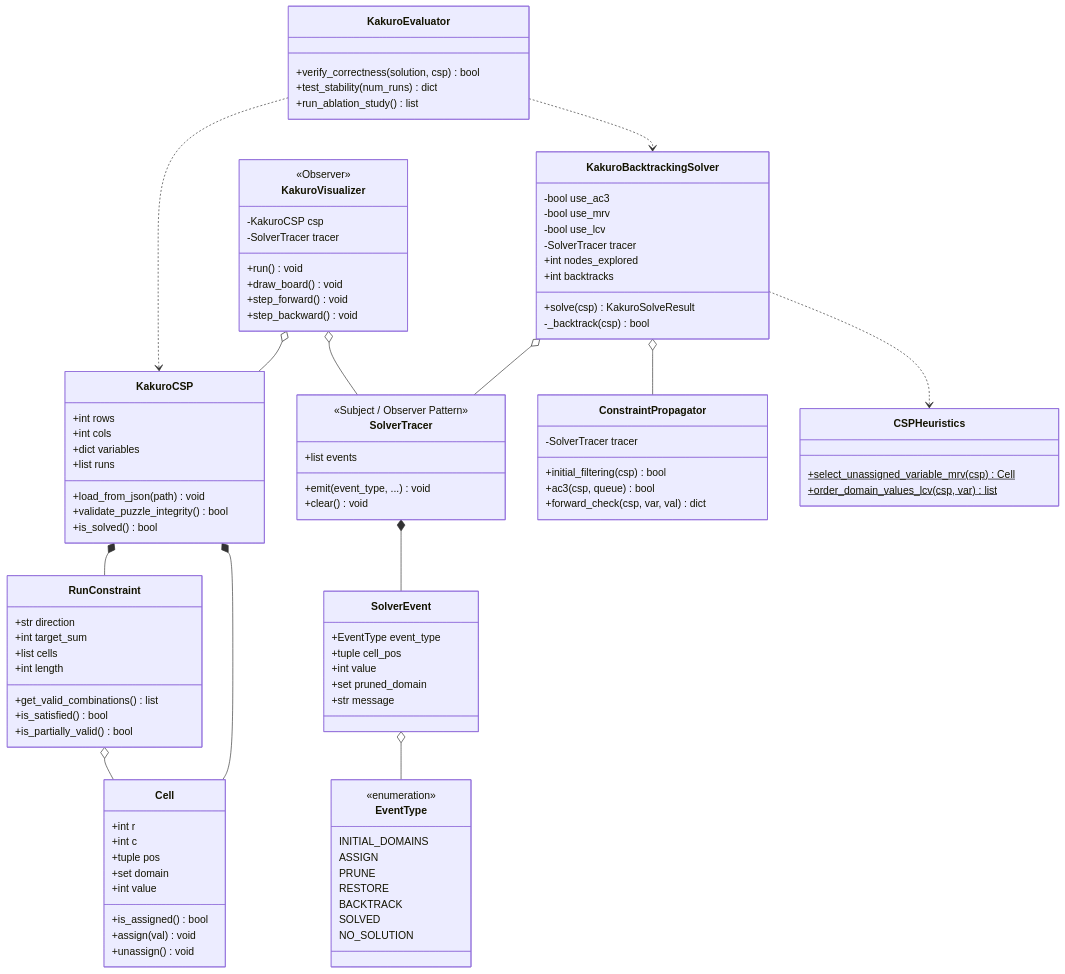
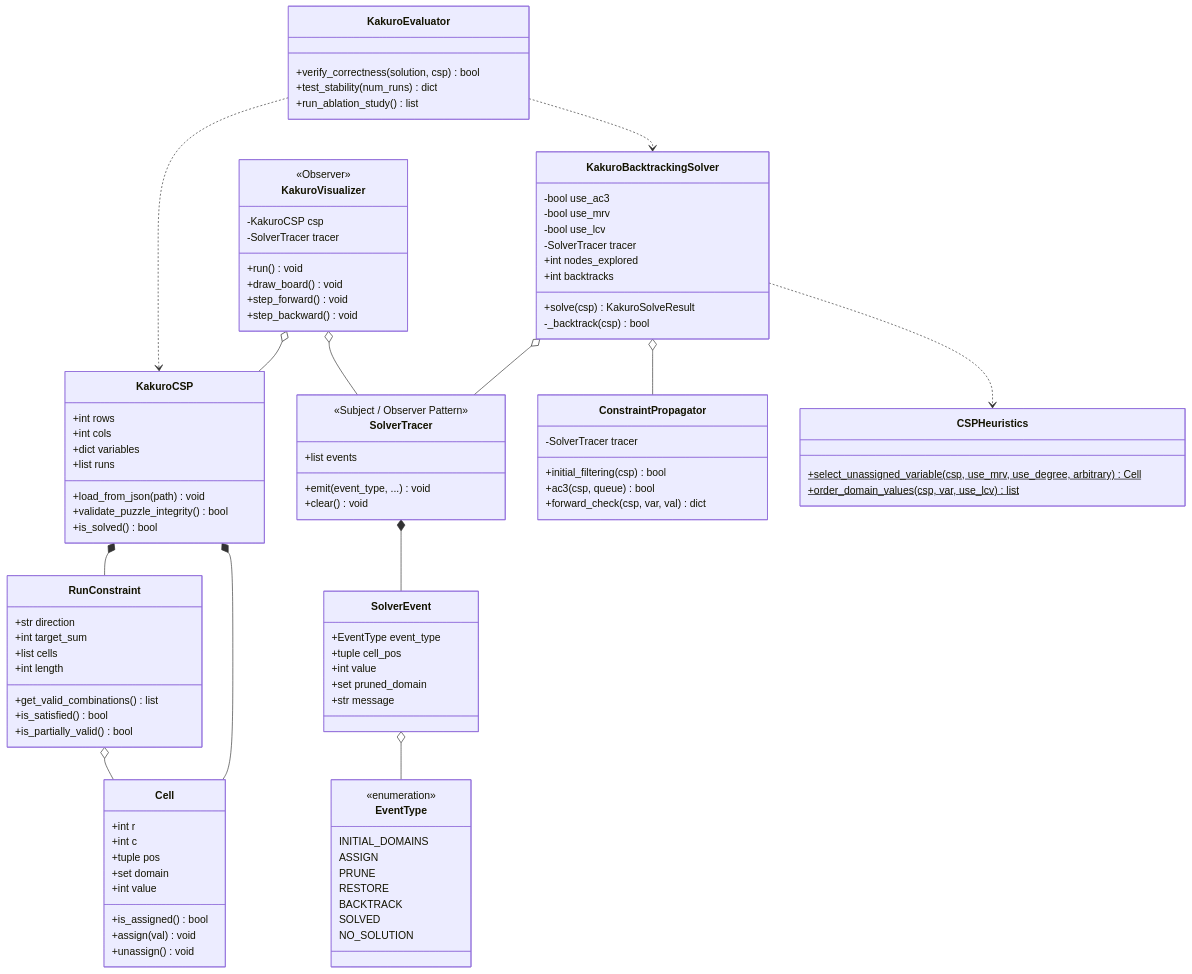
Before and after one commit to HuuTan12/Final_AI_BanSung: the diagram in docs/diagrams/task3_diagrams.mmd, drawn with Mermaid. The commit also changed 37 other files, not shown here.

```diff
--- a/docs/diagrams/task3_diagrams.mmd
+++ b/docs/diagrams/task3_diagrams.mmd
@@ -1,109 +1,109 @@
 classDiagram
   class Cell {
     +int r
     +int c
     +tuple pos
     +set domain
     +int value
     +is_assigned() bool
     +assign(val) void
     +unassign() void
   }
 
   class RunConstraint {
     +str direction
     +int target_sum
     +list cells
     +int length
     +get_valid_combinations() list
     +is_satisfied() bool
     +is_partially_valid() bool
   }
 
   class KakuroCSP {
     +int rows
     +int cols
     +dict variables
     +list runs
     +load_from_json(path) void
     +validate_puzzle_integrity() bool
     +is_solved() bool
   }
 
   class EventType {
     <<enumeration>>
     INITIAL_DOMAINS
     ASSIGN
     PRUNE
     RESTORE
     BACKTRACK
     SOLVED
     NO_SOLUTION
   }
 
   class SolverEvent {
     +EventType event_type
     +tuple cell_pos
     +int value
     +set pruned_domain
     +str message
   }
 
   class SolverTracer {
     <<Subject / Observer Pattern>>
     +list events
     +emit(event_type, ...) void
     +clear() void
   }
 
   class ConstraintPropagator {
     -SolverTracer tracer
     +initial_filtering(csp) bool
     +ac3(csp, queue) bool
     +forward_check(csp, var, val) dict
   }
 
   class CSPHeuristics {
-    +select_unassigned_variable_mrv(csp)$ Cell
-    +order_domain_values_lcv(csp, var)$ list
+    +select_unassigned_variable(csp, use_mrv, use_degree, arbitrary)$ Cell
+    +order_domain_values(csp, var, use_lcv)$ list
   }
 
   class KakuroBacktrackingSolver {
     -bool use_ac3
     -bool use_mrv
     -bool use_lcv
     -SolverTracer tracer
     +int nodes_explored
     +int backtracks
     +solve(csp) KakuroSolveResult
     -_backtrack(csp) bool
   }
 
   class KakuroVisualizer {
     <<Observer>>
     -KakuroCSP csp
     -SolverTracer tracer
     +run() void
     +draw_board() void
     +step_forward() void
     +step_backward() void
   }
 
   class KakuroEvaluator {
     +verify_correctness(solution, csp) bool
     +test_stability(num_runs) dict
     +run_ablation_study() list
   }
 
   KakuroCSP *-- Cell
   KakuroCSP *-- RunConstraint
   RunConstraint o-- Cell
   KakuroBacktrackingSolver o-- ConstraintPropagator
   KakuroBacktrackingSolver ..> CSPHeuristics
   KakuroBacktrackingSolver o-- SolverTracer
   SolverTracer *-- SolverEvent
   SolverEvent o-- EventType
   KakuroVisualizer o-- SolverTracer
   KakuroVisualizer o-- KakuroCSP
   KakuroEvaluator ..> KakuroCSP
   KakuroEvaluator ..> KakuroBacktrackingSolver
```
